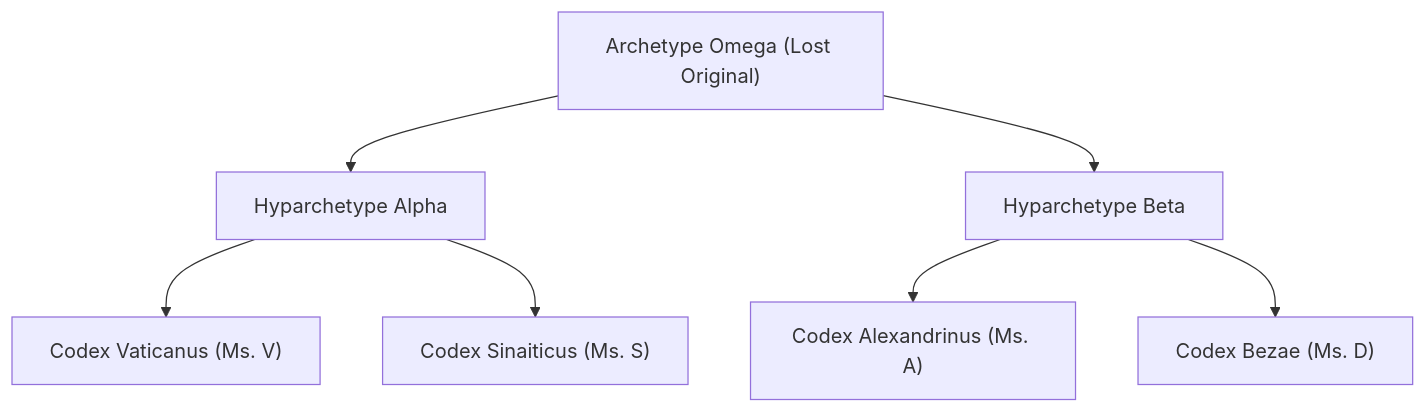
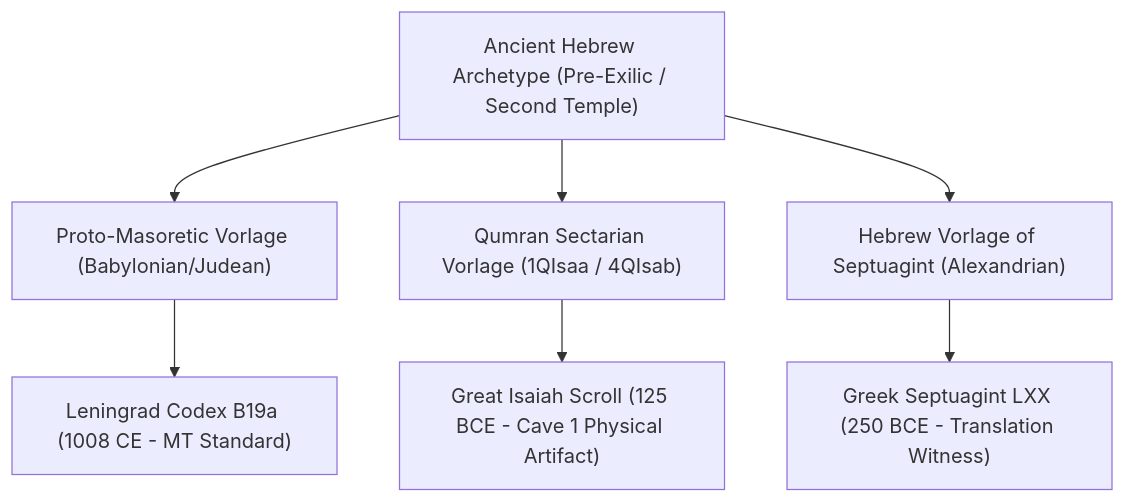
One commit to sharonwang554/docs changed the third of 3 diagrams in src/content/docs/articles/textual-criticism.mdx. Above: the diagram before and after it, drawn with Mermaid. The commit also changed other lines of this file and 8 other files, not shown here.

````diff
--- a/src/content/docs/articles/textual-criticism.mdx
+++ b/src/content/docs/articles/textual-criticism.mdx
@@ -34,9 +199,9 @@
 ```mermaid
 graph TD
-    A["Archetype Omega (Lost Original)"] --> B["Hyparchetype Alpha"]
-    A --> C["Hyparchetype Beta"]
-    B --> D["Codex Vaticanus (Ms. V)"]
-    B --> E["Codex Sinaiticus (Ms. S)"]
-    C --> F["Codex Alexandrinus (Ms. A)"]
-    C --> G["Codex Bezae (Ms. D)"]
+    A["Ancient Hebrew Archetype (Pre-Exilic / Second Temple)"] --> B["Proto-Masoretic Vorlage (Babylonian/Judean)"]
+    A --> C["Qumran Sectarian Vorlage (1QIsaa / 4QIsab)"]
+    A --> D["Hebrew Vorlage of Septuagint (Alexandrian)"]
+    B --> E["Leningrad Codex B19a (1008 CE - MT Standard)"]
+    C --> F["Great Isaiah Scroll (125 BCE - Cave 1 Physical Artifact)"]
+    D --> G["Greek Septuagint LXX (250 BCE - Translation Witness)"]
 ```
````
